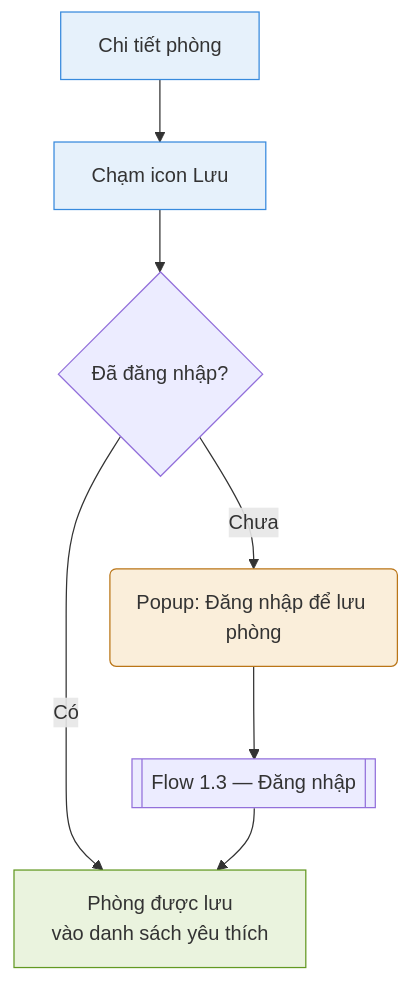
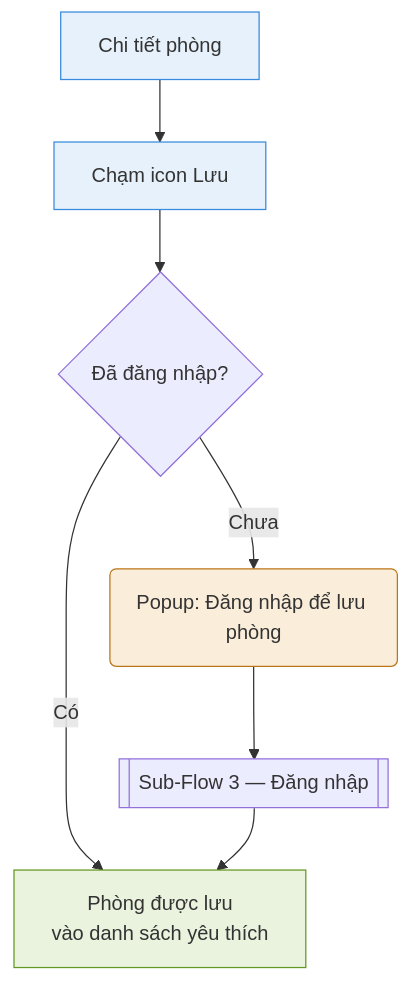
One commit to pbl6-home-renter/docs changed the third of 17 diagrams in phase-1/discovery/user_flow/tenant-user-flow.md. Above: the diagram before and after it, drawn with Mermaid. The commit also changed other lines of this file and 6 other files, not shown here.

````diff
--- a/phase-1/discovery/user_flow/tenant-user-flow.md
+++ b/phase-1/discovery/user_flow/tenant-user-flow.md
@@ -127,14 +86,14 @@
 ```mermaid
 flowchart TD
     Detail["Chi tiết phòng"] --> Tap["Chạm icon Lưu"]
     Tap --> Check{"Đã đăng nhập?"}
     Check -->|"Có"| Saved["Phòng được lưu\nvào danh sách yêu thích"]
     Check -->|"Chưa"| Popup("Popup: Đăng nhập để lưu phòng")
-    Popup --> Login[["Flow 1.3 — Đăng nhập"]]
+    Popup --> Login[["Sub-Flow 3 — Đăng nhập"]]
     Login --> Saved
 
     style Detail fill:#e6f1fb,stroke:#378add
     style Tap fill:#e6f1fb,stroke:#378add
     style Popup fill:#faeeda,stroke:#ba7517
     style Saved fill:#eaf3de,stroke:#639922
 ```
````
